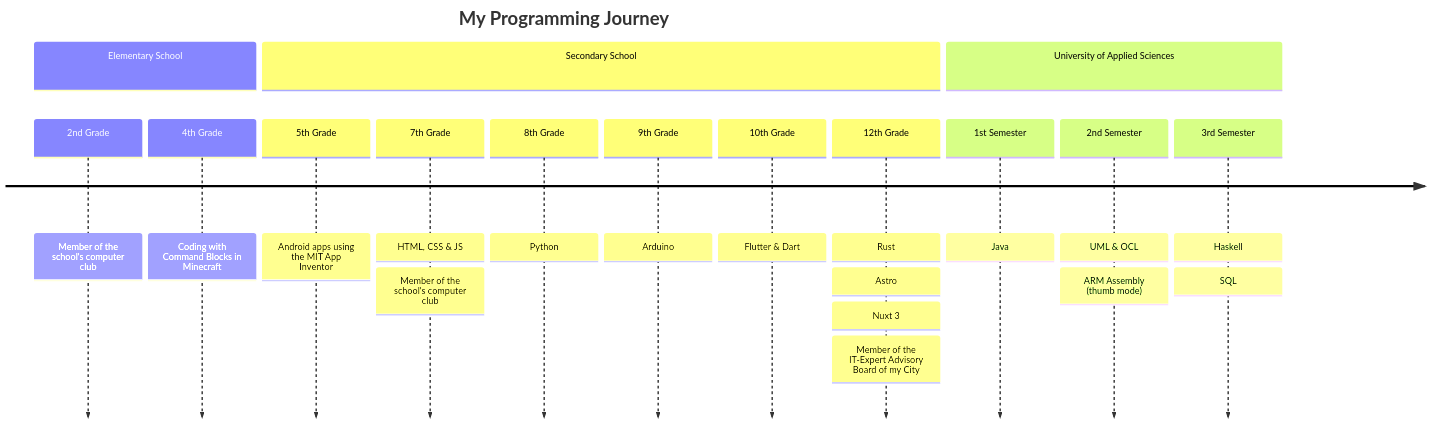
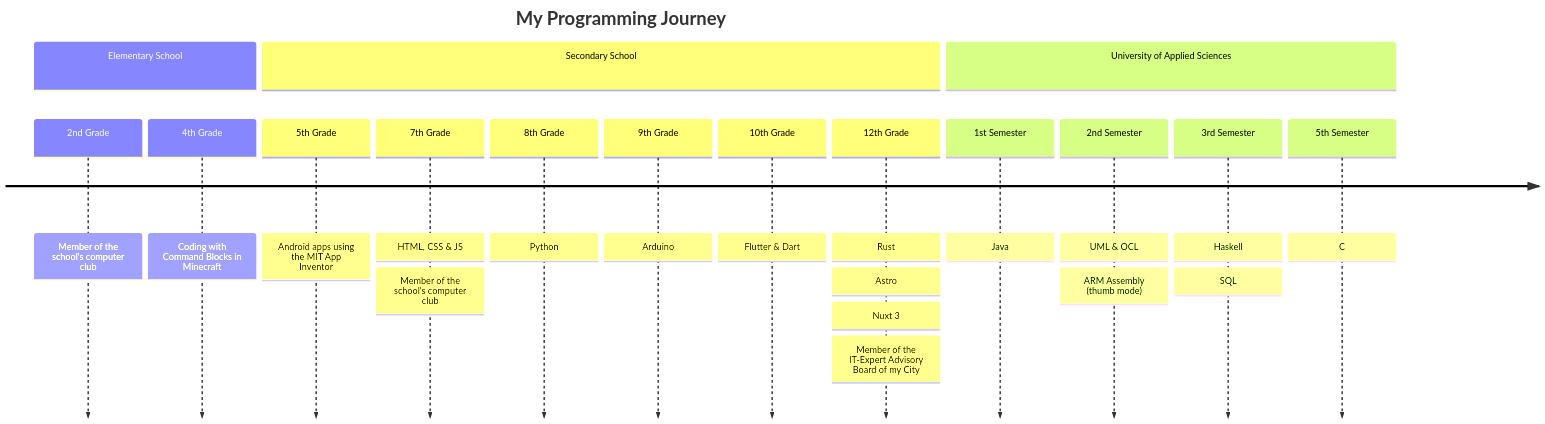
Before and after one commit to AstragoDE/AstragoDE: the diagram in README.md, drawn with Mermaid.

Commit message:
Add C to programming Journey

````diff
--- a/README.md
+++ b/README.md
@@ -54,27 +54,28 @@
 ```mermaid
 timeline
     title My Programming Journey
 
     section Elementary School
         2nd Grade       : Member of the school's computer club
         4th Grade       : Coding with Command Blocks in Minecraft
 
     section Secondary School
         5th Grade       : Android apps using the MIT App Inventor
         7th Grade       : HTML, CSS & JS
                         : Member of the school's computer club
         8th Grade       : Python
         9th Grade       : Arduino
         10th Grade      : Flutter & Dart
         12th Grade      : Rust
                         : Astro
                         : Nuxt 3
                         : Member of the IT-Expert Advisory Board of my City
 
     section University of Applied Sciences
         1st Semester    : Java
         2nd Semester    : UML & OCL
                         : ARM Assembly (thumb mode)
         3rd Semester    : Haskell
                         : SQL
+        5th Semester    : C
 ```
````
